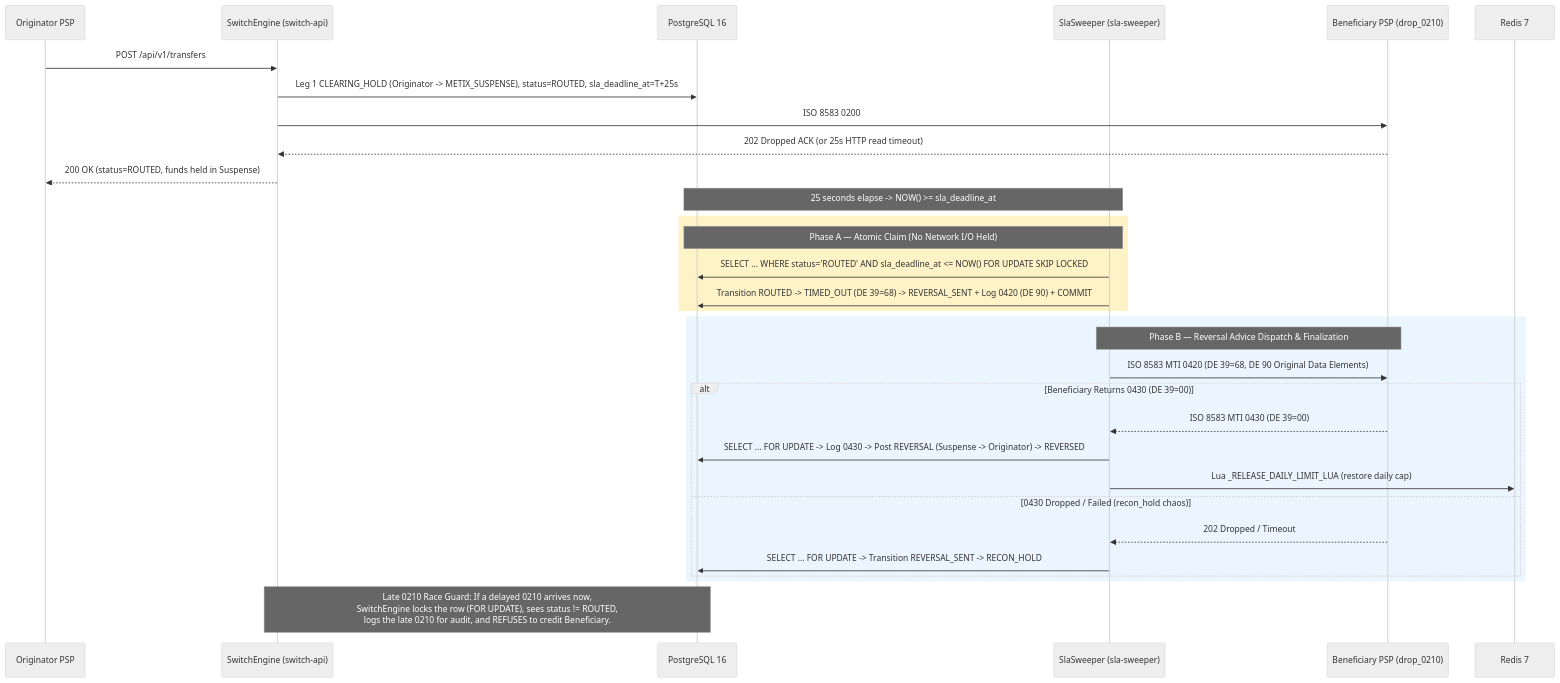
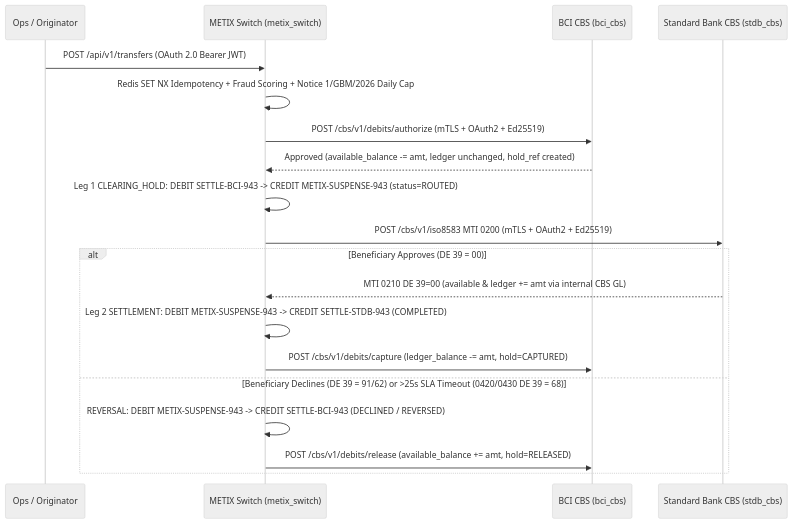
One commit to LRibeiro20/metix-switch-sim changed the second of 3 diagrams in README.md. Above: the diagram before and after it, drawn with Mermaid (neutral theme). The commit also changed other lines of this file and 71 other files, not shown here.

````diff
--- a/README.md
+++ b/README.md
@@ -228,38 +100,22 @@
 ```mermaid
 sequenceDiagram
-    participant Orig as Originator PSP
-    participant Switch as SwitchEngine (switch-api)
-    participant PG as PostgreSQL 16
-    participant Sweeper as SlaSweeper (sla-sweeper)
-    participant Ben as Beneficiary PSP (drop_0210)
-    participant RD as Redis 7
+    participant Op as Ops / Originator
+    participant SW as METIX Switch (metix_switch)
+    participant BCI as BCI CBS (bci_cbs)
+    participant STDB as Standard Bank CBS (stdb_cbs)
 
-    Orig->>Switch: POST /api/v1/transfers
-    Switch->>PG: Leg 1 CLEARING_HOLD (Originator -> METIX_SUSPENSE), status=ROUTED, sla_deadline_at=T+25s
-    Switch->>Ben: ISO 8583 0200
-    Ben-->>Switch: 202 Dropped ACK (or 25s HTTP read timeout)
-    Switch-->>Orig: 200 OK (status=ROUTED, funds held in Suspense)
-
-    Note over Sweeper,PG: 25 seconds elapse -> NOW() >= sla_deadline_at
-
-    rect rgb(254, 243, 199)
-        Note over Sweeper,PG: Phase A — Atomic Claim (No Network I/O Held)
-        Sweeper->>PG: SELECT ... WHERE status='ROUTED' AND sla_deadline_at <= NOW() FOR UPDATE SKIP LOCKED
-        Sweeper->>PG: Transition ROUTED -> TIMED_OUT (DE 39=68) -> REVERSAL_SENT + Log 0420 (DE 90) + COMMIT
+    Op->>SW: POST /api/v1/transfers (OAuth 2.0 Bearer JWT)
+    SW->>SW: Redis SET NX Idempotency + Fraud Scoring + Notice 1/GBM/2026 Daily Cap
+    SW->>BCI: POST /cbs/v1/debits/authorize (mTLS + OAuth2 + Ed25519)
+    BCI-->>SW: Approved (available_balance -= amt, ledger unchanged, hold_ref created)
+    SW->>SW: Leg 1 CLEARING_HOLD: DEBIT SETTLE-BCI-943 -> CREDIT METIX-SUSPENSE-943 (status=ROUTED)
+    SW->>STDB: POST /cbs/v1/iso8583 MTI 0200 (mTLS + OAuth2 + Ed25519)
+    alt Beneficiary Approves (DE 39 = 00)
+        STDB-->>SW: MTI 0210 DE 39=00 (available & ledger += amt via internal CBS GL)
+        SW->>SW: Leg 2 SETTLEMENT: DEBIT METIX-SUSPENSE-943 -> CREDIT SETTLE-STDB-943 (COMPLETED)
+        SW->>BCI: POST /cbs/v1/debits/capture (ledger_balance -= amt, hold=CAPTURED)
+    else Beneficiary Declines (DE 39 = 91/62) or >25s SLA Timeout (0420/0430 DE 39 = 68)
+        SW->>SW: REVERSAL: DEBIT METIX-SUSPENSE-943 -> CREDIT SETTLE-BCI-943 (DECLINED / REVERSED)
+        SW->>BCI: POST /cbs/v1/debits/release (available_balance += amt, hold=RELEASED)
     end
-
-    rect rgb(235, 245, 255)
-        Note over Sweeper,Ben: Phase B — Reversal Advice Dispatch & Finalization
-        Sweeper->>Ben: ISO 8583 MTI 0420 (DE 39=68, DE 90 Original Data Elements)
-        alt Beneficiary Returns 0430 (DE 39=00)
-            Ben-->>Sweeper: ISO 8583 MTI 0430 (DE 39=00)
-            Sweeper->>PG: SELECT ... FOR UPDATE -> Log 0430 -> Post REVERSAL (Suspense -> Originator) -> REVERSED
-            Sweeper->>RD: Lua _RELEASE_DAILY_LIMIT_LUA (restore daily cap)
-        else 0430 Dropped / Failed (recon_hold chaos)
-            Ben-->>Sweeper: 202 Dropped / Timeout
-            Sweeper->>PG: SELECT ... FOR UPDATE -> Transition REVERSAL_SENT -> RECON_HOLD
-        end
-    end
-
-    Note over Switch,PG: Late 0210 Race Guard: If a delayed 0210 arrives now,<br/>SwitchEngine locks the row (FOR UPDATE), sees status != ROUTED,<br/>logs the late 0210 for audit, and REFUSES to credit Beneficiary.
 ```
````
